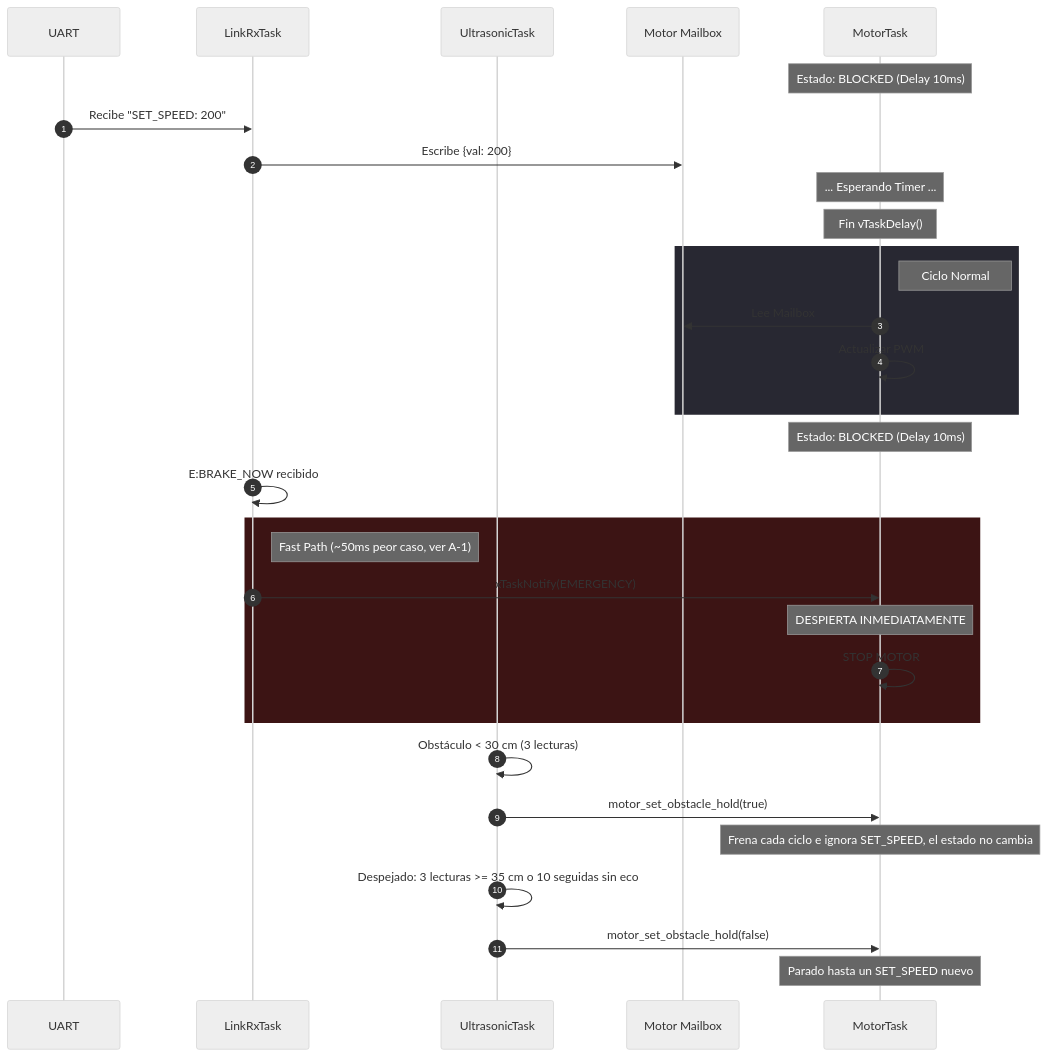
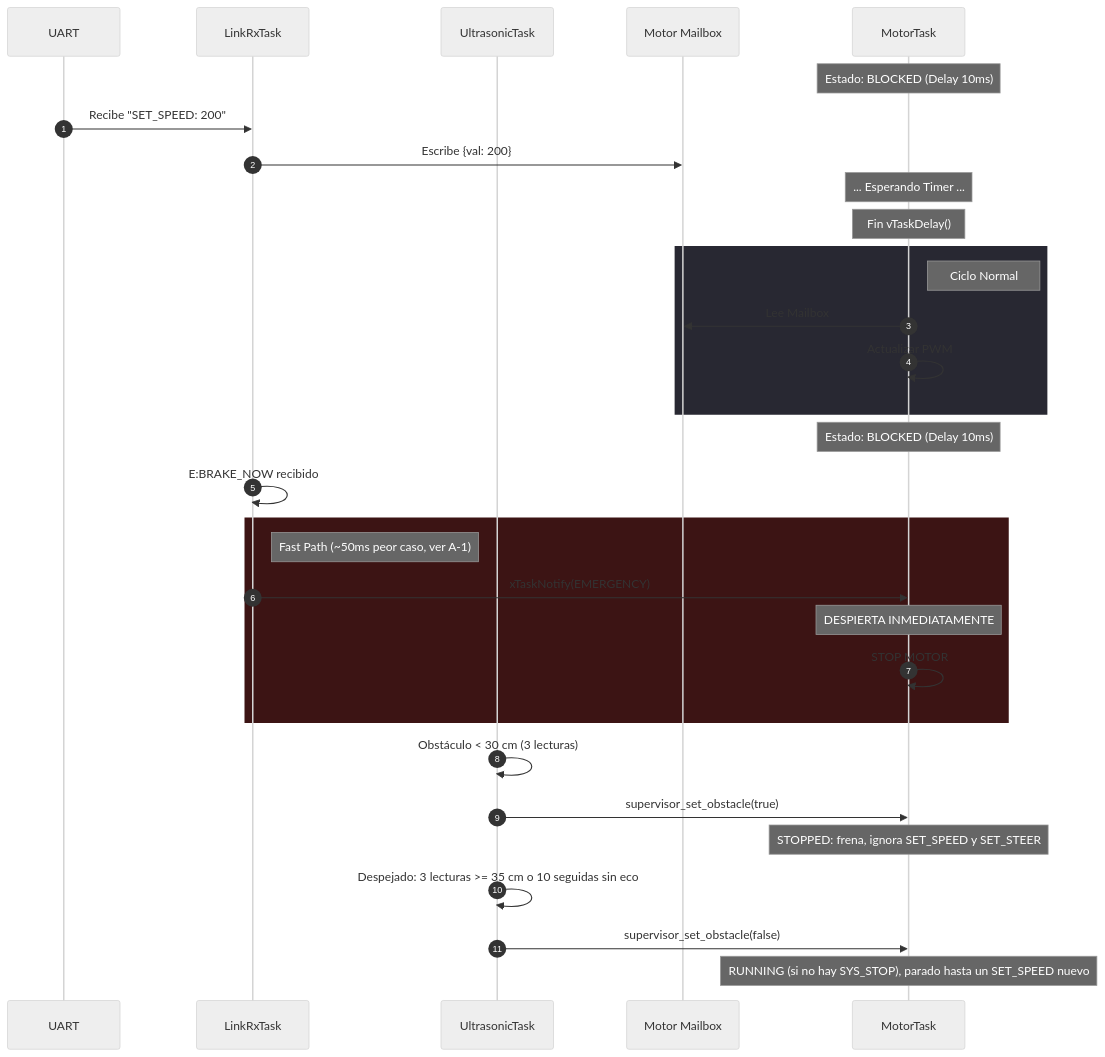
The first of 2 diagrams in README.md (Bosch-Aura/embedded), drawn with Mermaid (neutral theme) before and after one commit. The commit also changed other lines of this file and 10 other files, not shown here.

First line of the commit message:
agregar el estado STOPPED con M:SYS_STOP / M:SYS_RESUME

````diff
--- a/README.md
+++ b/README.md
@@ -101,42 +102,42 @@
 ```mermaid
 sequenceDiagram
     autonumber
     participant UART
     participant Producer as LinkRxTask
     participant Safety as UltrasonicTask
     participant Data as Motor Mailbox
     participant Consumer as MotorTask
 
     %% CASO 1: COMANDO NORMAL (POLLING)
     Note over Consumer: Estado: BLOCKED (Delay 10ms)
     UART->>Producer: Recibe "SET_SPEED: 200"
     Producer->>Data: Escribe {val: 200}
     
     Note over Consumer: ... Esperando Timer ...
     
     Note over Consumer: Fin vTaskDelay()
     rect rgb(40, 40, 50)
         note right of Consumer: Ciclo Normal
         Consumer->>Data: Lee Mailbox
         Consumer->>Consumer: Actualizar PWM
     end
 
     %% CASO 2: EMERGENCIA (FAST PATH)
     Note over Consumer: Estado: BLOCKED (Delay 10ms)
     Producer->>Producer: E:BRAKE_NOW recibido
     
     rect rgb(60, 20, 20)
         note right of Producer: Fast Path (~50ms peor caso, ver A-1)
         Producer->>Consumer: xTaskNotify(EMERGENCY)
         Note over Consumer: DESPIERTA INMEDIATAMENTE
         Consumer->>Consumer: STOP MOTOR
     end
 
-    %% CASO 3: OBSTÁCULO (HOLD, SIN FAULT)
+    %% CASO 3: OBSTÁCULO -> STOPPED (SIN FAULT)
     Safety->>Safety: Obstáculo < 30 cm (3 lecturas)
-    Safety->>Consumer: motor_set_obstacle_hold(true)
-    Note over Consumer: Frena cada ciclo e ignora SET_SPEED, el estado no cambia
+    Safety->>Consumer: supervisor_set_obstacle(true)
+    Note over Consumer: STOPPED: frena, ignora SET_SPEED y SET_STEER
     Safety->>Safety: Despejado: 3 lecturas >= 35 cm o 10 seguidas sin eco
-    Safety->>Consumer: motor_set_obstacle_hold(false)
-    Note over Consumer: Parado hasta un SET_SPEED nuevo
+    Safety->>Consumer: supervisor_set_obstacle(false)
+    Note over Consumer: RUNNING (si no hay SYS_STOP), parado hasta un SET_SPEED nuevo
 ```
````
